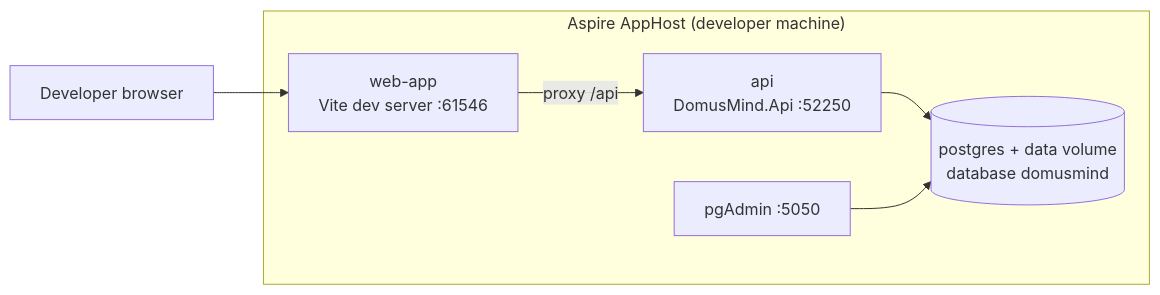
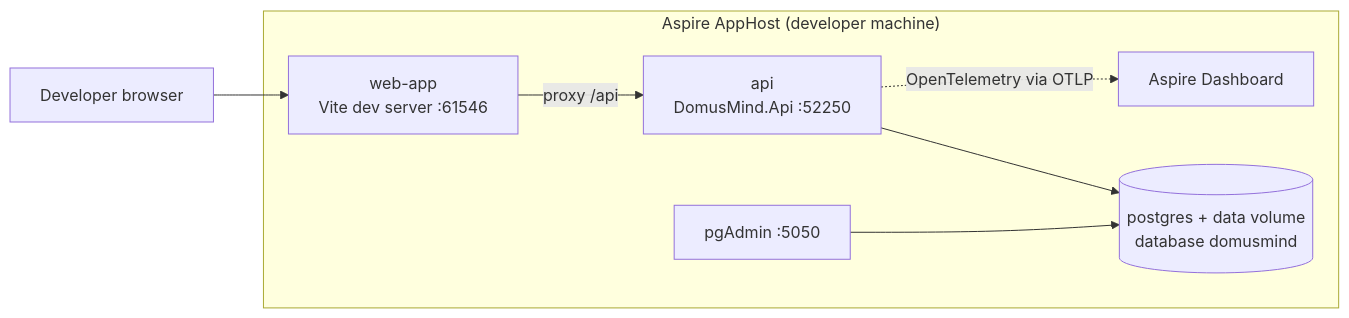
One commit to juangcarmona/domusmind changed the second of 2 diagrams in docs/architecture/07-deployment-view.md. Above: the diagram before and after it, drawn with Mermaid. The commit also changed other lines of this file and 20 other files, not shown here.

Commit message:
feat(devops): add local Aspire telemetry (#166)

````diff
--- a/docs/architecture/07-deployment-view.md
+++ b/docs/architecture/07-deployment-view.md
@@ -99,14 +99,16 @@
 ```mermaid
 flowchart LR
     dev["Developer browser"]
     subgraph aspire["Aspire AppHost (developer machine)"]
+        dashboard["Aspire Dashboard"]
         vite["web-app<br/>Vite dev server :61546"]
         api["api<br/>DomusMind.Api :52250"]
         pg[("postgres + data volume<br/>database domusmind")]
         pgadmin["pgAdmin :5050"]
     end
     dev --> vite
     vite -- "proxy /api" --> api
     api --> pg
     pgadmin --> pg
+    api -. "OpenTelemetry via OTLP" .-> dashboard
 ```
````
